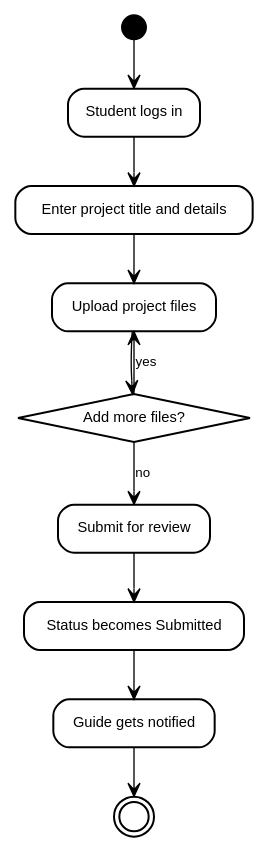
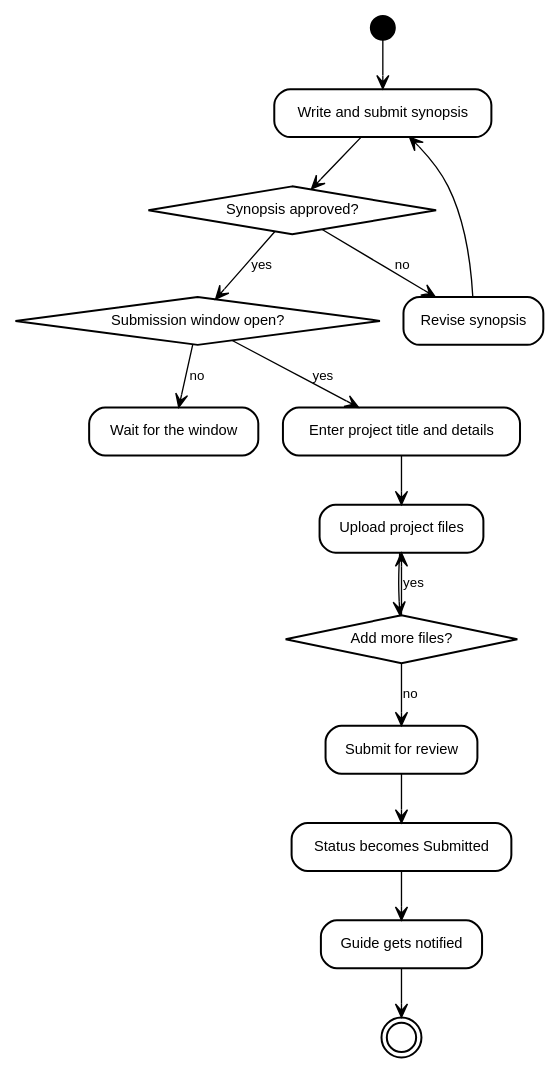
Before and after one commit to akshita777/iips-ug-pg-project-repository-system: the diagram in docs/diagrams/06-activity-submission.dot, drawn with Graphviz. The commit also changed 17 other files, not shown here.

First line of the commit message:
Diagrams updated to the agreed domain model

```diff
--- a/docs/diagrams/06-activity-submission.dot
+++ b/docs/diagrams/06-activity-submission.dot
@@ -1,29 +1,38 @@
 digraph activity_submission {
   rankdir=TB;
   bgcolor="white";
   fontname="Helvetica";
 
   node [fontname="Helvetica", fontsize=11, shape=box, style="rounded,filled",
         fillcolor="white", color="black", penwidth=1.5];
   edge [fontname="Helvetica", fontsize=10, color="black", arrowhead="vee"];
 
   start [label="", shape=circle, style="filled", fillcolor="black", width=0.25, height=0.25];
-  login [label="Student logs in"];
+  synopsis [label="Write and submit synopsis"];
+  syn_ok [label="Synopsis approved?", shape=diamond, style="filled", fillcolor="white"];
+  revise_syn [label="Revise synopsis"];
+  window [label="Submission window open?", shape=diamond, style="filled", fillcolor="white"];
+  closed [label="Wait for the window"];
   create [label="Enter project title and details"];
   upload [label="Upload project files"];
   more [label="Add more files?", shape=diamond, style="filled", fillcolor="white"];
   submit [label="Submit for review"];
   status [label="Status becomes Submitted"];
   notify [label="Guide gets notified"];
   end [label="", shape=doublecircle, style="filled", fillcolor="white", color="black", width=0.3, height=0.3];
 
-  start -> login;
-  login -> create;
+  start -> synopsis;
+  synopsis -> syn_ok;
+  syn_ok -> revise_syn [label="no"];
+  revise_syn -> synopsis;
+  syn_ok -> window [label="yes"];
+  window -> closed [label="no"];
+  window -> create [label="yes"];
   create -> upload;
   upload -> more;
   more -> upload [label="yes"];
   more -> submit [label="no"];
   submit -> status;
   status -> notify;
   notify -> end;
 }
```
